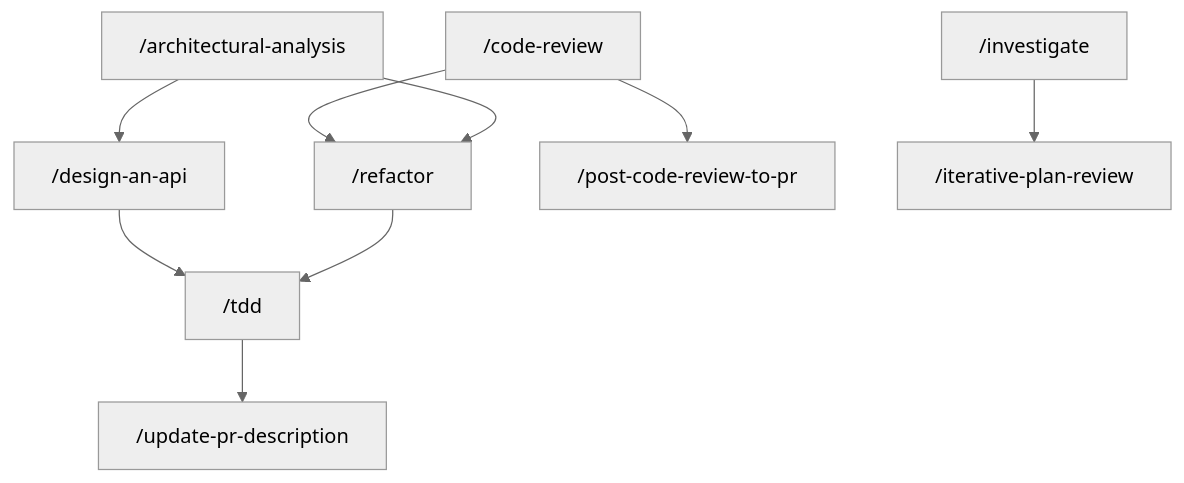
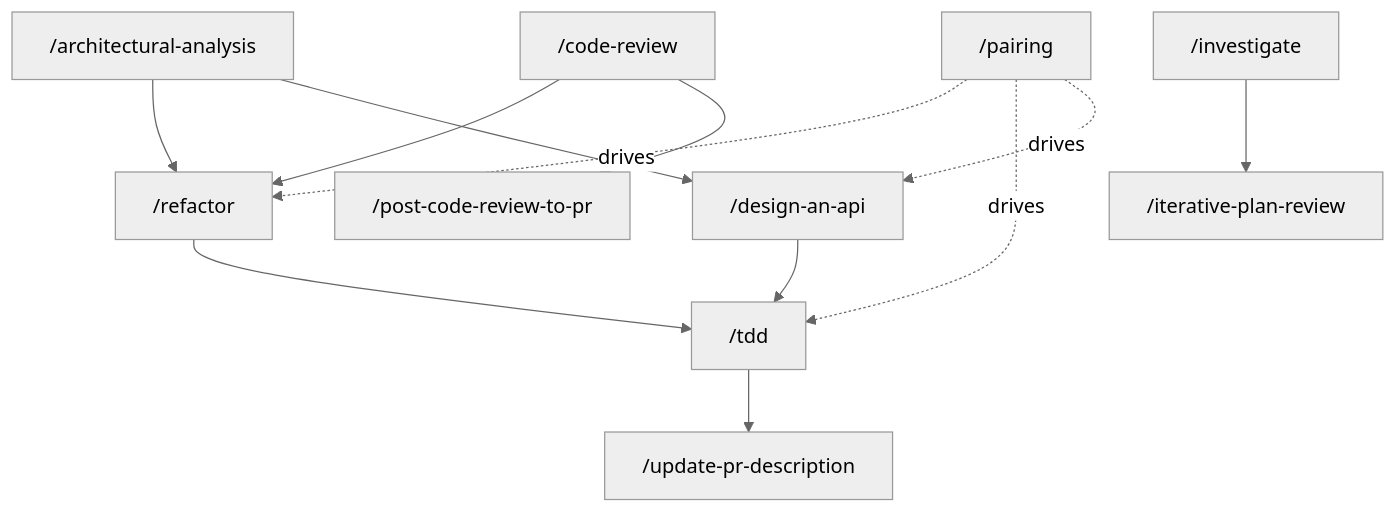
One commit to testdouble/han changed the third of 5 diagrams in docs/workflows.md. Above: the diagram before and after it, drawn with Mermaid (neutral theme). The commit also changed other lines of this file and 12 other files, not shown here.

````diff
--- a/docs/workflows.md
+++ b/docs/workflows.md
@@ -79,11 +87,14 @@
 ```mermaid
 flowchart TD
     review["/code-review"] --> refactor["/refactor"]
     arch["/architectural-analysis"] --> refactor
     arch --> design["/design-an-api"]
     design --> tdd["/tdd"]
     review --> pr["/post-code-review-to-pr"]
     refactor --> tdd
     tdd --> prdesc["/update-pr-description"]
     investigate["/investigate"] --> iterate["/iterative-plan-review"]
+    pairing["/pairing"] -.drives.-> refactor
+    pairing -.drives.-> tdd
+    pairing -.drives.-> design
 ```
````
